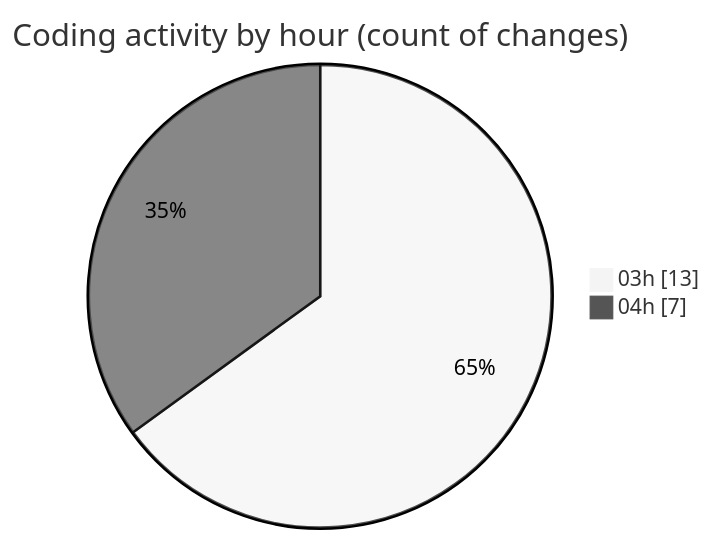
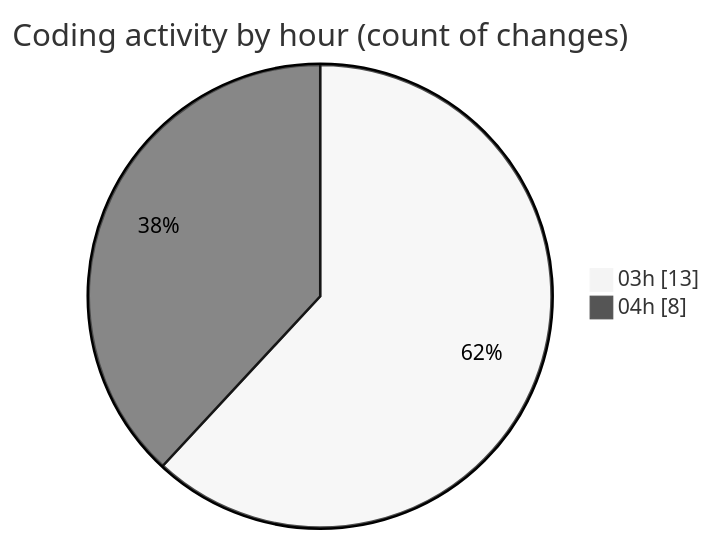
The second of 2 diagrams in 2026-07-15/shibass-ai/README.md (shibass792/code-tracking), drawn with Mermaid (neutral theme) before and after one commit. The commit also changed other lines of this file and 1 other file, not shown here.

````diff
--- a/2026-07-15/shibass-ai/README.md
+++ b/2026-07-15/shibass-ai/README.md
@@ -36,6 +37,6 @@
 ```mermaid
 pie showData
 title Coding activity by hour (count of changes)
 "03h" : 13
-"04h" : 7
+"04h" : 8
 ```
````
